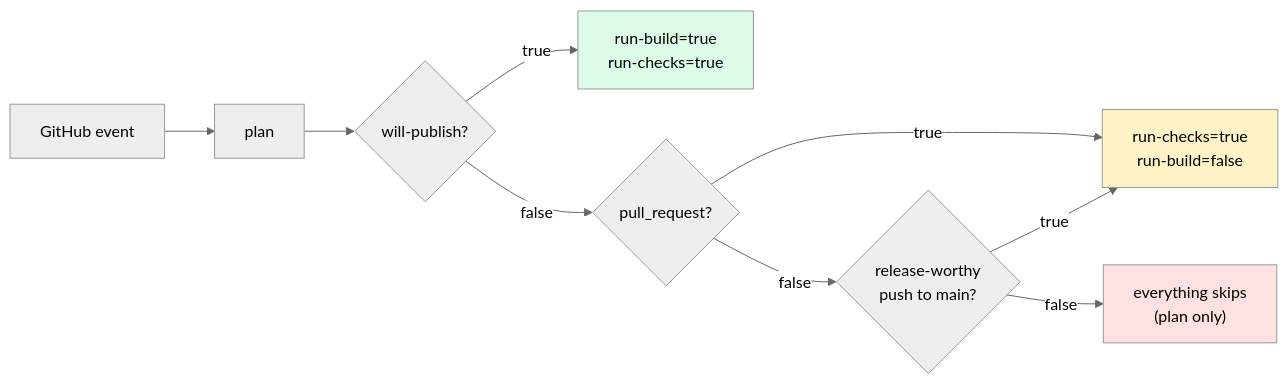
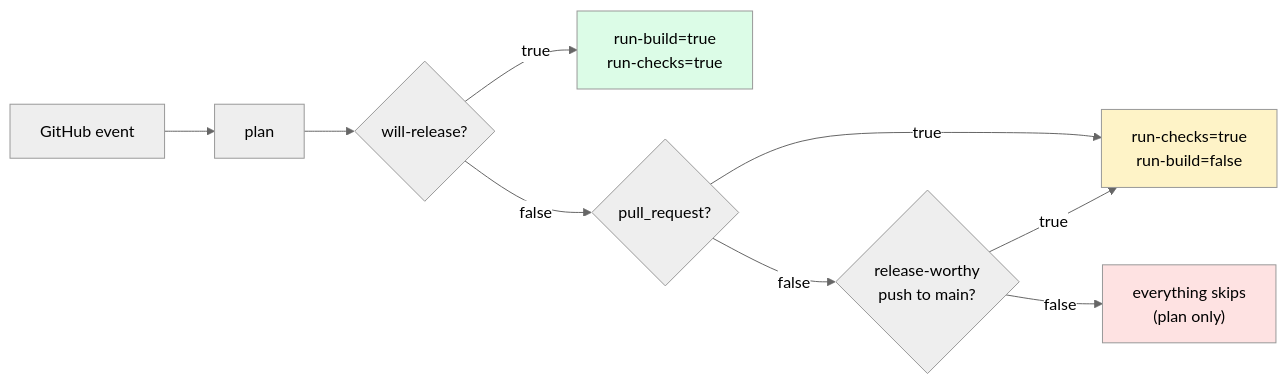
One commit to hyperi-io/hyperi-ci changed the third of 3 diagrams in docs/architecture.md. Above: the diagram before and after it, drawn with Mermaid (neutral theme). The commit also changed other lines of this file and 39 other files, not shown here.

````diff
--- a/docs/architecture.md
+++ b/docs/architecture.md
@@ -132,14 +137,14 @@
 ```mermaid
 flowchart LR
     E["GitHub event"] --> P["plan"]
-    P --> WP{will-publish?}
+    P --> WP{will-release?}
     WP -->|true| RB["run-build=true<br/>run-checks=true"]
     WP -->|false| PR{pull_request?}
     PR -->|true| RC["run-checks=true<br/>run-build=false"]
     PR -->|false| RW{release-worthy<br/>push to main?}
     RW -->|true| RC
     RW -->|false| SK["everything skips<br/>(plan only)"]
     style RB fill:#dcfce7,color:#000
     style RC fill:#fef3c7,color:#000
     style SK fill:#fee2e2,color:#000
 ```
````
